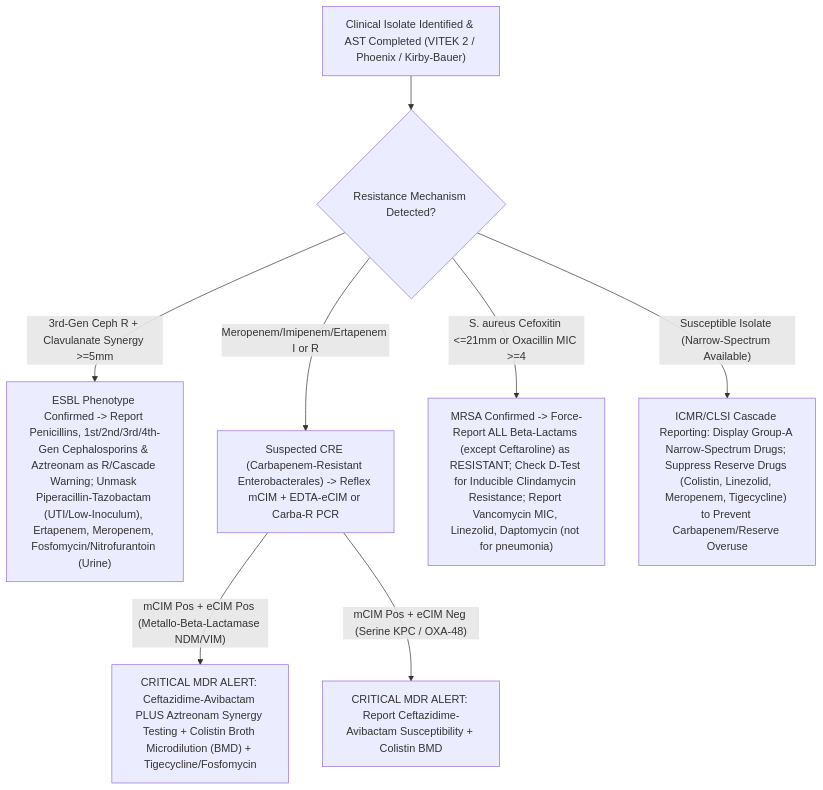
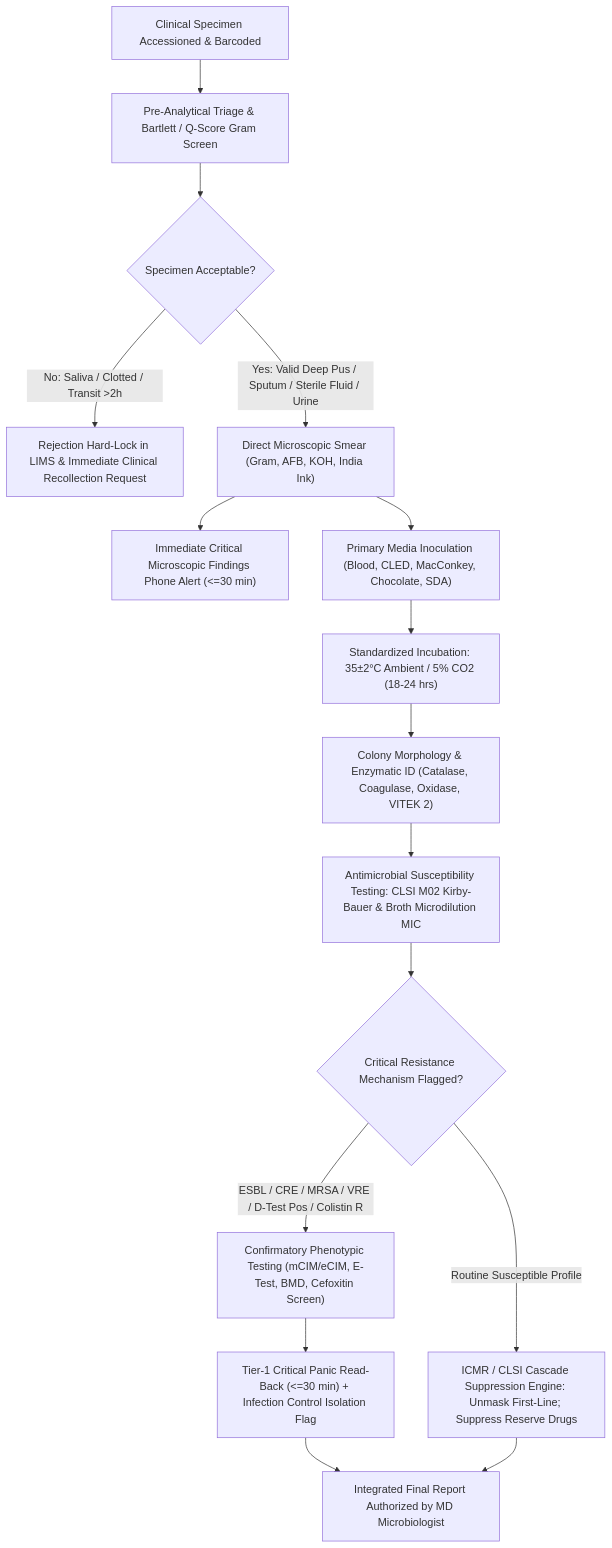
Before and after one commit to sawariyadiagnostic/references-and-interpretations: the diagram in 06_Microbiology_and_Culture_Sensitivity/6.1_Culture_Sensitivity_and_Staining_Cluster.md, drawn with Mermaid. The commit also changed other lines of this file and 4 other files, not shown here.

Commit message:
feat(microbiology): red-team international & above-NABL upgrade of Batch 46 Overview, Urine Kass CLSI, Blood Culture TTP, Pus Wound Swab, Sputum Bartlett

````diff
--- a/06_Microbiology_and_Culture_Sensitivity/6.1_Culture_Sensitivity_and_Staining_Cluster.md
+++ b/06_Microbiology_and_Culture_Sensitivity/6.1_Culture_Sensitivity_and_Staining_Cluster.md
@@ -48,10 +68,18 @@
 ```mermaid
 flowchart TD
-    A["Clinical Isolate Identified & AST Completed (VITEK 2 / Phoenix / Kirby-Bauer)"] --> B{"Resistance Mechanism Detected?"}
-    B -- "3rd-Gen Ceph R + Clavulanate Synergy >=5mm" --> C["ESBL Phenotype Confirmed -> Report Penicillins, 1st/2nd/3rd/4th-Gen Cephalosporins & Aztreonam as R/Cascade Warning; Unmask Piperacillin-Tazobactam (UTI/Low-Inoculum), Ertapenem, Meropenem, Fosfomycin/Nitrofurantoin (Urine)"]
-    B -- "Meropenem/Imipenem/Ertapenem I or R" --> D["Suspected CRE (Carbapenem-Resistant Enterobacterales) -> Reflex mCIM + EDTA-eCIM or Carba-R PCR"]
-    D -- "mCIM Pos + eCIM Pos (Metallo-Beta-Lactamase NDM/VIM)" --> E["CRITICAL MDR ALERT: Ceftazidime-Avibactam PLUS Aztreonam Synergy Testing + Colistin Broth Microdilution (BMD) + Tigecycline/Fosfomycin"]
-    D -- "mCIM Pos + eCIM Neg (Serine KPC / OXA-48)" --> F["CRITICAL MDR ALERT: Report Ceftazidime-Avibactam Susceptibility + Colistin BMD"]
-    B -- "S. aureus Cefoxitin <=21mm or Oxacillin MIC >=4" --> G["MRSA Confirmed -> Force-Report ALL Beta-Lactams (except Ceftaroline) as RESISTANT; Check D-Test for Inducible Clindamycin Resistance; Report Vancomycin MIC, Linezolid, Daptomycin (not for pneumonia)"]
-    B -- "Susceptible Isolate (Narrow-Spectrum Available)" --> H["ICMR/CLSI Cascade Reporting: Display Group-A Narrow-Spectrum Drugs; Suppress Reserve Drugs (Colistin, Linezolid, Meropenem, Tigecycline) to Prevent Carbapenem/Reserve Overuse"]
+    A["Clinical Specimen Accessioned & Barcoded"] --> B["Pre-Analytical Triage & Bartlett / Q-Score Gram Screen"]
+    B --> C{"Specimen Acceptable?"}
+    C -- "No: Saliva / Clotted / Transit >2h" --> D["Rejection Hard-Lock in LIMS & Immediate Clinical Recollection Request"]
+    C -- "Yes: Valid Deep Pus / Sputum / Sterile Fluid / Urine" --> E["Direct Microscopic Smear (Gram, AFB, KOH, India Ink)"]
+    E --> F["Immediate Critical Microscopic Findings Phone Alert (<=30 min)"]
+    E --> G["Primary Media Inoculation (Blood, CLED, MacConkey, Chocolate, SDA)"]
+    G --> H["Standardized Incubation: 35±2°C Ambient / 5% CO2 (18-24 hrs)"]
+    H --> I["Colony Morphology & Enzymatic ID (Catalase, Coagulase, Oxidase, VITEK 2)"]
+    I --> J["Antimicrobial Susceptibility Testing: CLSI M02 Kirby-Bauer & Broth Microdilution MIC"]
+    J --> K{"Critical Resistance Mechanism Flagged?"}
+    K -- "ESBL / CRE / MRSA / VRE / D-Test Pos / Colistin R" --> L["Confirmatory Phenotypic Testing (mCIM/eCIM, E-Test, BMD, Cefoxitin Screen)"]
+    L --> M["Tier-1 Critical Panic Read-Back (<=30 min) + Infection Control Isolation Flag"]
+    K -- "Routine Susceptible Profile" --> N["ICMR / CLSI Cascade Suppression Engine: Unmask First-Line; Suppress Reserve Drugs"]
+    M --> O["Integrated Final Report Authorized by MD Microbiologist"]
+    N --> O
 ```
````
